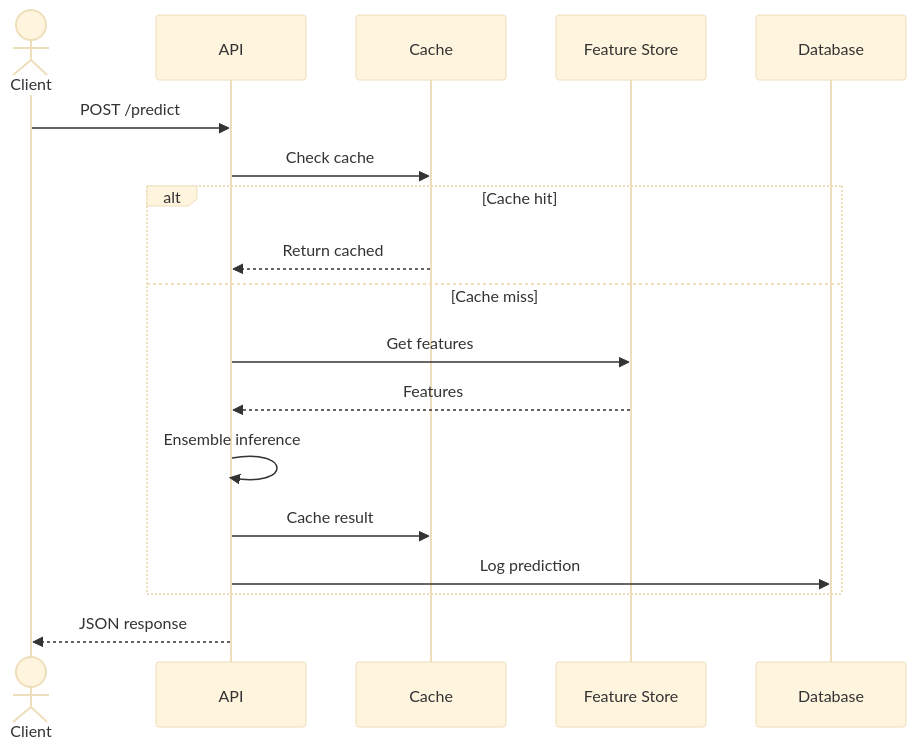
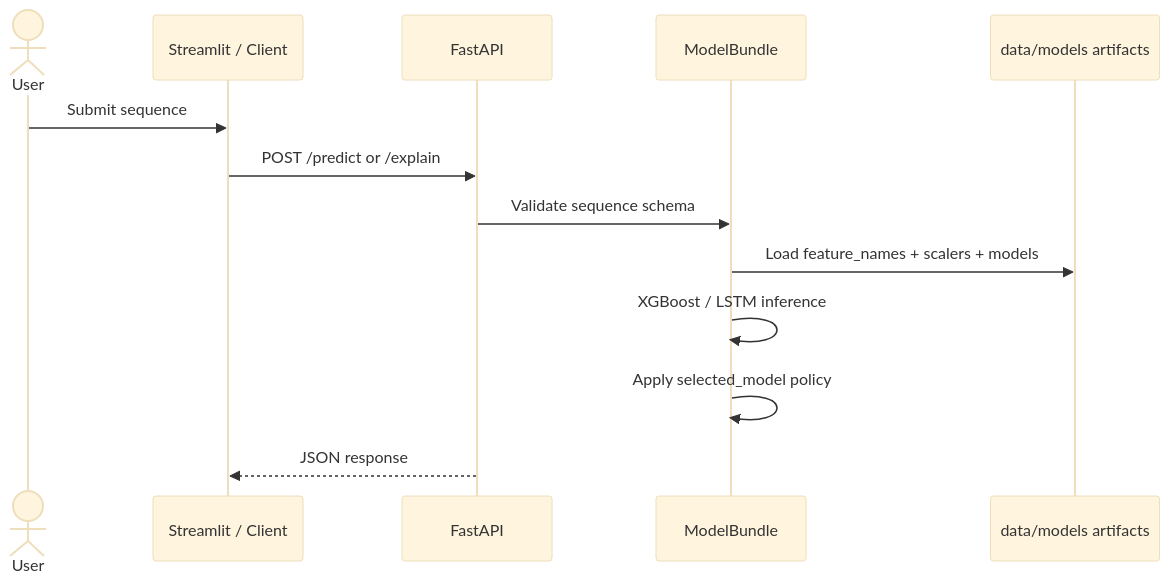
Before and after one commit to atikulmunna/predictive-maintenance-mlops: the fourth of 5 diagrams in assets/architecture.md, drawn with Mermaid (base theme). The commit also changed other lines of this file and 4 other files, not shown here.

Commit message:
Update architecture docs and add dashboard screenshots

````diff
--- a/assets/architecture.md
+++ b/assets/architecture.md
@@ -111,21 +86,16 @@
 ```mermaid
 sequenceDiagram
-    actor Client
-    participant API
-    participant Cache
-    participant FS as Feature Store
-    participant DB as Database
-    
-    Client->>API: POST /predict
-    API->>Cache: Check cache
-    alt Cache hit
-        Cache-->>API: Return cached
-    else Cache miss
-        API->>FS: Get features
-        FS-->>API: Features
-        API->>API: Ensemble inference
-        API->>Cache: Cache result
-        API->>DB: Log prediction
-    end
-    API-->>Client: JSON response
+    actor User
+    participant UI as Streamlit / Client
+    participant API as FastAPI
+    participant M as ModelBundle
+    participant A as data/models artifacts
+
+    User->>UI: Submit sequence
+    UI->>API: POST /predict or /explain
+    API->>M: Validate sequence schema
+    M->>A: Load feature_names + scalers + models
+    M->>M: XGBoost / LSTM inference
+    M->>M: Apply selected_model policy
+    API-->>UI: JSON response
 ```
````
